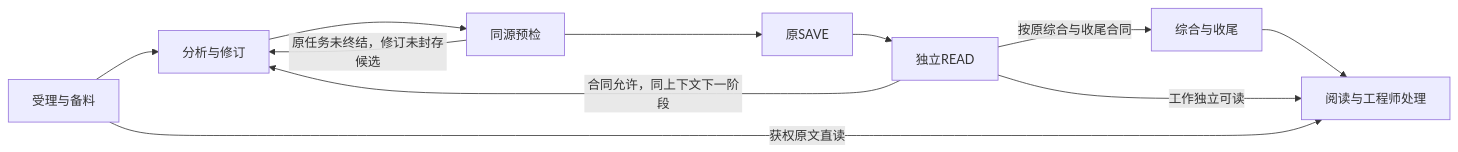
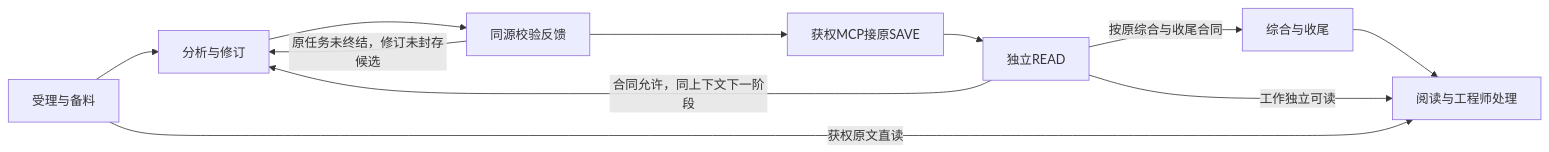
One commit to Liu-Xuan/WiseLink_Host changed the second of 2 diagrams in docs/WISELINK_MAINLINE_GRAPH_CONTRACT.md. Above: the diagram before and after it, drawn with Mermaid. The commit also changed other lines of this file and 94 other files, not shown here.

````diff
--- a/docs/WISELINK_MAINLINE_GRAPH_CONTRACT.md
+++ b/docs/WISELINK_MAINLINE_GRAPH_CONTRACT.md
@@ -37,13 +43,13 @@
 ```mermaid
 flowchart LR
     I[受理与备料] --> A[分析与修订]
-    A --> C[同源预检]
+    A --> C[同源校验反馈]
     C -->|原任务未终结，修订未封存候选| A
-    C --> S[原SAVE]
+    C --> S[获权MCP接原SAVE]
     S --> R[独立READ]
     R -->|按原综合与收尾合同| O[综合与收尾]
     R -->|合同允许，同上下文下一阶段| A
     O --> V[阅读与工程师处理]
     R -->|工作独立可读| V
     I -->|获权原文直读| V
 ```
````
